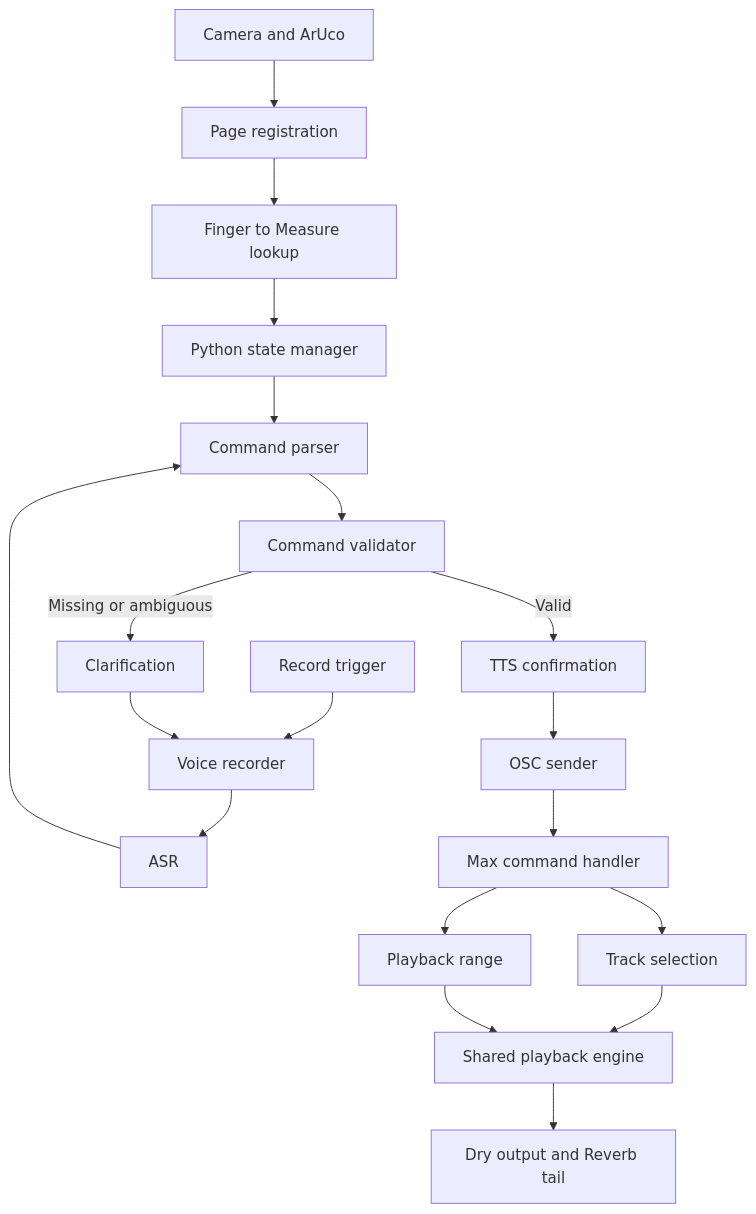
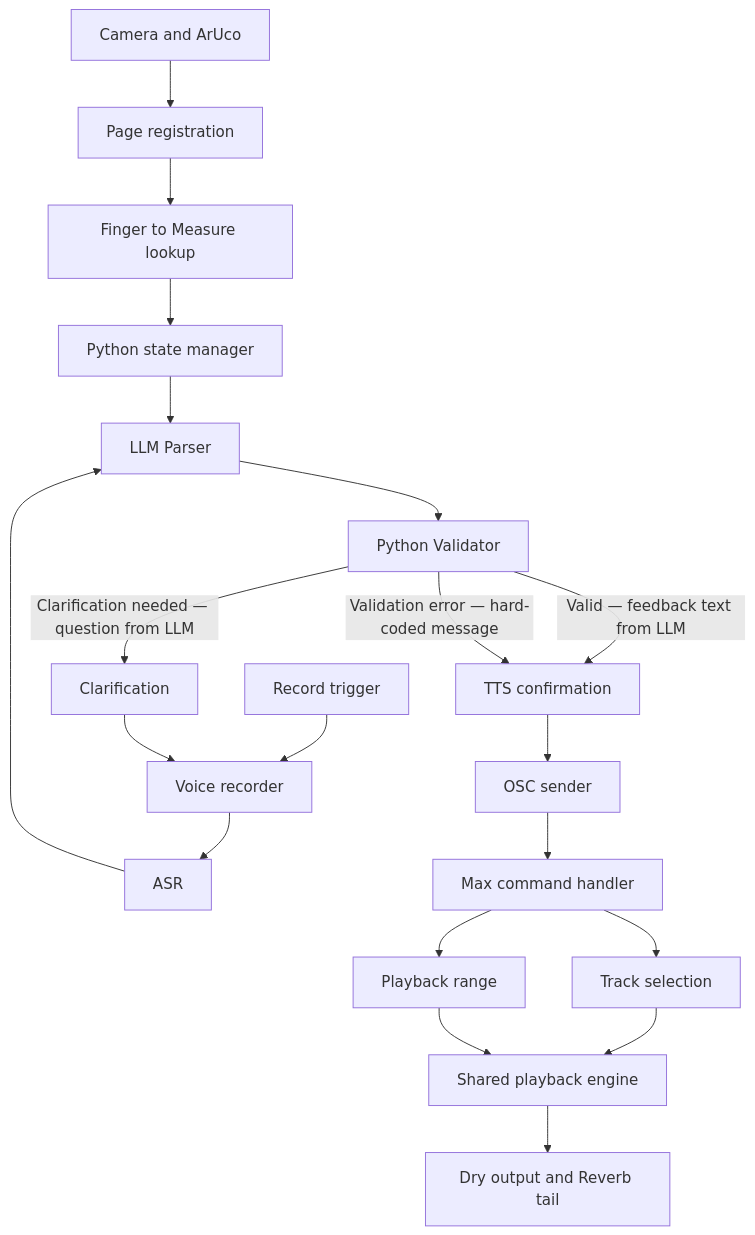
One commit to JinlanZhao/What-the-fingers-hear changed the diagram in Documentation/Process-Report/Voice-Multistem-System-Architecture.md. Above: the diagram before and after it, drawn with Mermaid. The commit also changed other lines of this file and 18 other files, not shown here.

Commit message:
LLM Parser Layer + Voice Feedback

````diff
--- a/Documentation/Process-Report/Voice-Multistem-System-Architecture.md
+++ b/Documentation/Process-Report/Voice-Multistem-System-Architecture.md
@@ -44,21 +44,22 @@
 ```mermaid
 flowchart TD
     A[Camera and ArUco] --> B[Page registration]
     B --> C[Finger to Measure lookup]
     C --> D[Python state manager]
     E[Record trigger] --> F[Voice recorder]
     F --> G[ASR]
-    G --> H[Command parser]
+    G --> H[LLM Parser]
     D --> H
-    H --> I[Command validator]
-    I -->|Valid| J[TTS confirmation]
-    I -->|Missing or ambiguous| K[Clarification]
+    H --> I[Python Validator]
+    I -->|Valid — feedback text from LLM| J[TTS confirmation]
+    I -->|Clarification needed — question from LLM| K[Clarification]
+    I -->|Validation error — hard-coded message| J
     K --> F
     J --> L[OSC sender]
     L --> M[Max command handler]
     M --> N[Track selection]
     M --> O[Playback range]
     N --> P[Shared playback engine]
     O --> P
     P --> Q[Dry output and Reverb tail]
 ```
````
